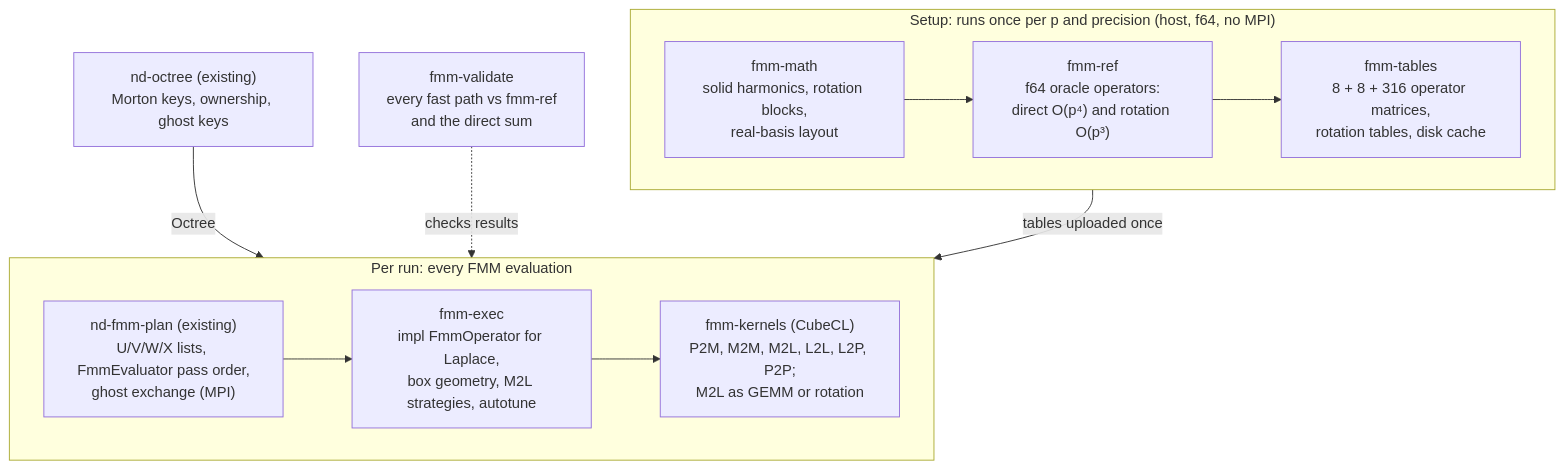
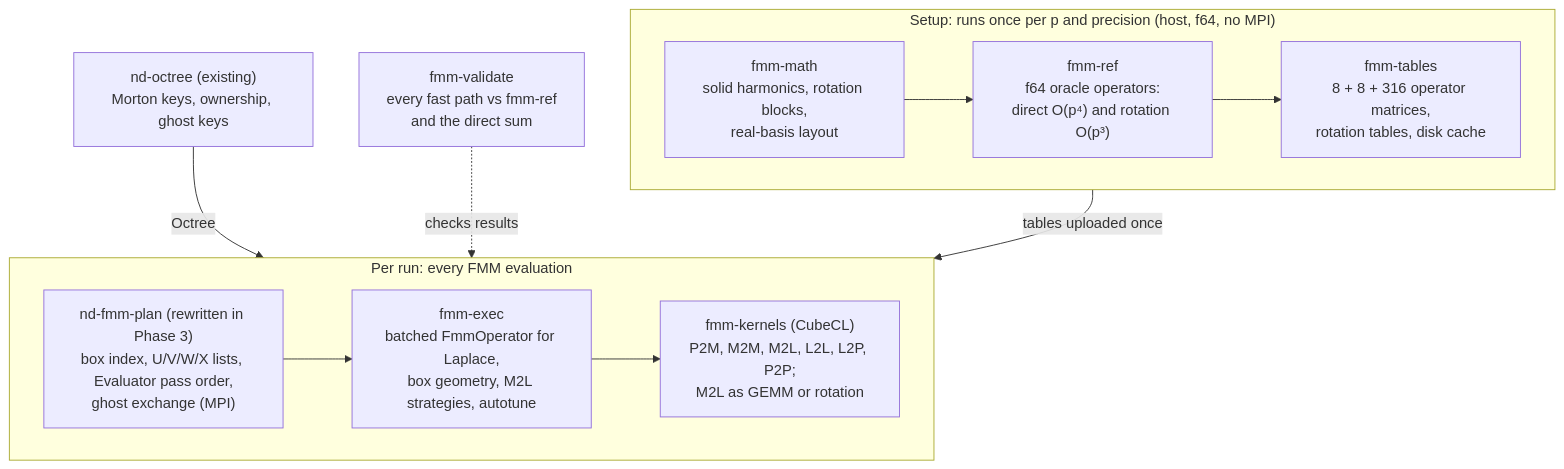
One commit to tbetcke/fmm changed the first of 2 diagrams in docs/design/laplace-fmm-plan.md. Above: the diagram before and after it, drawn with Mermaid. The commit also changed other lines of this file and 6 other files, not shown here.

First line of the commit message:
Calibrate p against FMM accuracy and update the design documents (Phase 3 T12, C3.4)

````diff
--- a/docs/design/laplace-fmm-plan.md
+++ b/docs/design/laplace-fmm-plan.md
@@ -398,14 +432,14 @@
 ```mermaid
 flowchart TB
   subgraph setup["Setup: runs once per p and precision (host, f64, no MPI)"]
     direction LR
     math["fmm-math<br/>solid harmonics, rotation blocks,<br/>real-basis layout"] --> ref["fmm-ref<br/>f64 oracle operators:<br/>direct O(p⁴) and rotation O(p³)"] --> tables["fmm-tables<br/>8 + 8 + 316 operator matrices,<br/>rotation tables, disk cache"]
   end
   subgraph run["Per run: every FMM evaluation"]
     direction LR
-    plan["nd-fmm-plan (existing)<br/>U/V/W/X lists, FmmEvaluator pass order,<br/>ghost exchange (MPI)"] --> exec["fmm-exec<br/>impl FmmOperator for Laplace,<br/>box geometry, M2L strategies, autotune"] --> kernels["fmm-kernels (CubeCL)<br/>P2M, M2M, M2L, L2L, L2P, P2P;<br/>M2L as GEMM or rotation"]
+    plan["nd-fmm-plan (rewritten in Phase 3)<br/>box index, U/V/W/X lists, Evaluator pass order,<br/>ghost exchange (MPI)"] --> exec["fmm-exec<br/>batched FmmOperator for Laplace,<br/>box geometry, M2L strategies, autotune"] --> kernels["fmm-kernels (CubeCL)<br/>P2M, M2M, M2L, L2L, L2P, P2P;<br/>M2L as GEMM or rotation"]
   end
   tables -- "tables uploaded once" --> exec
   octree["nd-octree (existing)<br/>Morton keys, ownership, ghost keys"] -- "Octree" --> plan
   validate["fmm-validate<br/>every fast path vs fmm-ref<br/>and the direct sum"] -. "checks results" .-> exec
 ```
````
